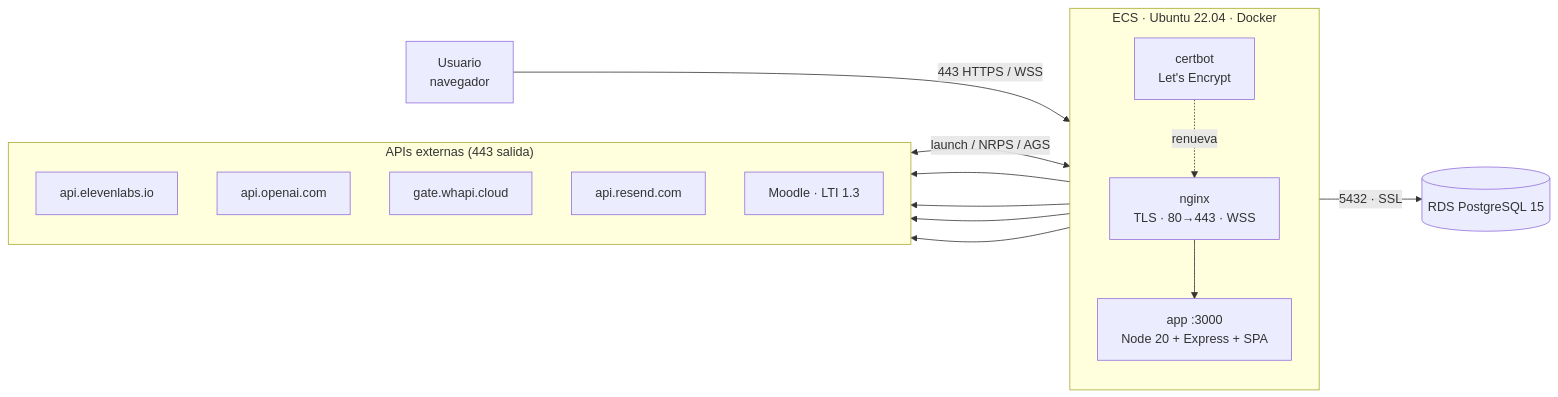
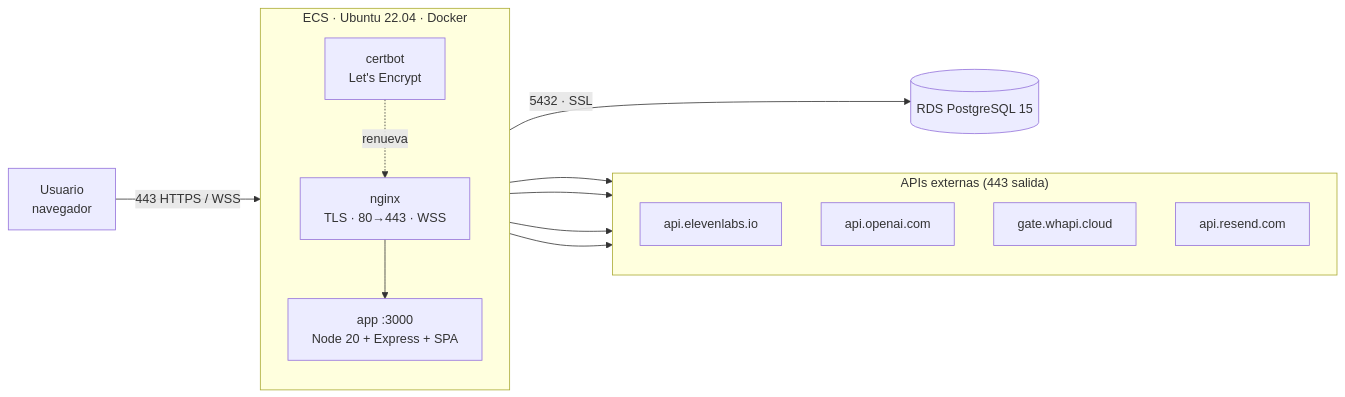
One commit to Vallit0/artificial-intelligence changed the first of 2 diagrams in docs/deployment.md. Above: the diagram before and after it, drawn with Mermaid. The commit also changed 52 other files, not shown here.

````diff
--- a/docs/deployment.md
+++ b/docs/deployment.md
@@ -7,30 +7,28 @@
 ```mermaid
 flowchart LR
     U["Usuario<br/>navegador"]
 
     subgraph ECS["ECS · Ubuntu 22.04 · Docker"]
         direction TB
         ng["nginx<br/>TLS · 80→443 · WSS"]
         app["app :3000<br/>Node 20 + Express + SPA"]
         cb["certbot<br/>Let's Encrypt"]
         ng --> app
         cb -. renueva .-> ng
     end
 
     subgraph EXT["APIs externas (443 salida)"]
         direction TB
         EL["api.elevenlabs.io"]
         OAI["api.openai.com"]
         WH["gate.whapi.cloud"]
         RS["api.resend.com"]
-        MO["Moodle · LTI 1.3"]
     end
 
     U -->|443 HTTPS / WSS| ng
     app -->|"5432 · SSL"| RDS[("RDS PostgreSQL 15")]
     app --> EL
     app --> OAI
     app --> WH
     app --> RS
-    MO <-->|launch / NRPS / AGS| app
 ```
````
